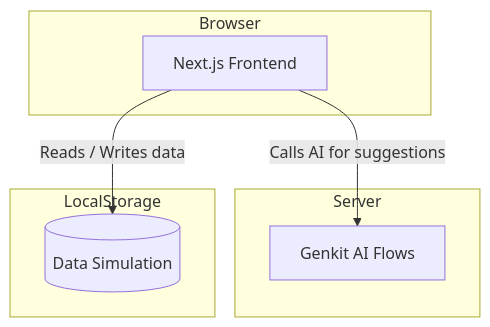
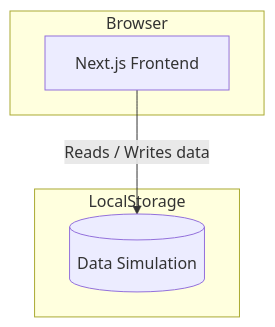
Before and after one commit to shivamghaware/BlogIn: the second of 4 diagrams in src/app/UML.md, drawn with Mermaid. The commit also changed other lines of this file and 3 other files, not shown here.

````diff
--- a/src/app/UML.md
+++ b/src/app/UML.md
@@ -30,17 +29,12 @@
 ```mermaid
 flowchart TB
   subgraph Browser
     A[Next.js Frontend]
   end
 
-  subgraph Server
-    B[Genkit AI Flows]
-  end
-
   subgraph LocalStorage
     C[(Data Simulation)]
   end
 
-  A -->|Calls AI for suggestions| B
   A -->|Reads / Writes data| C
 ```
````
